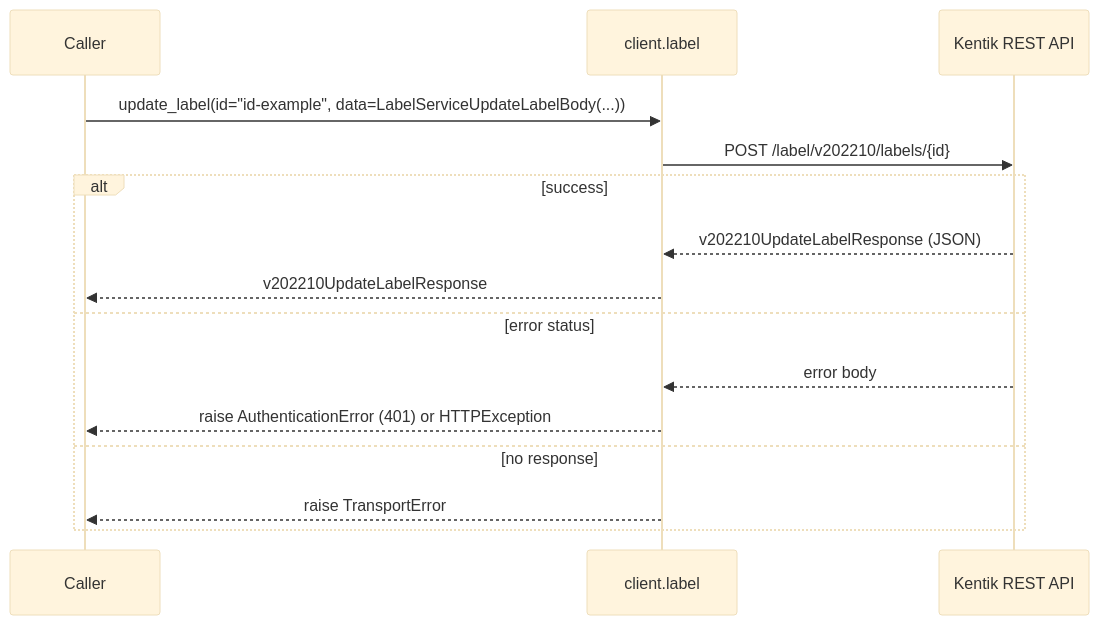
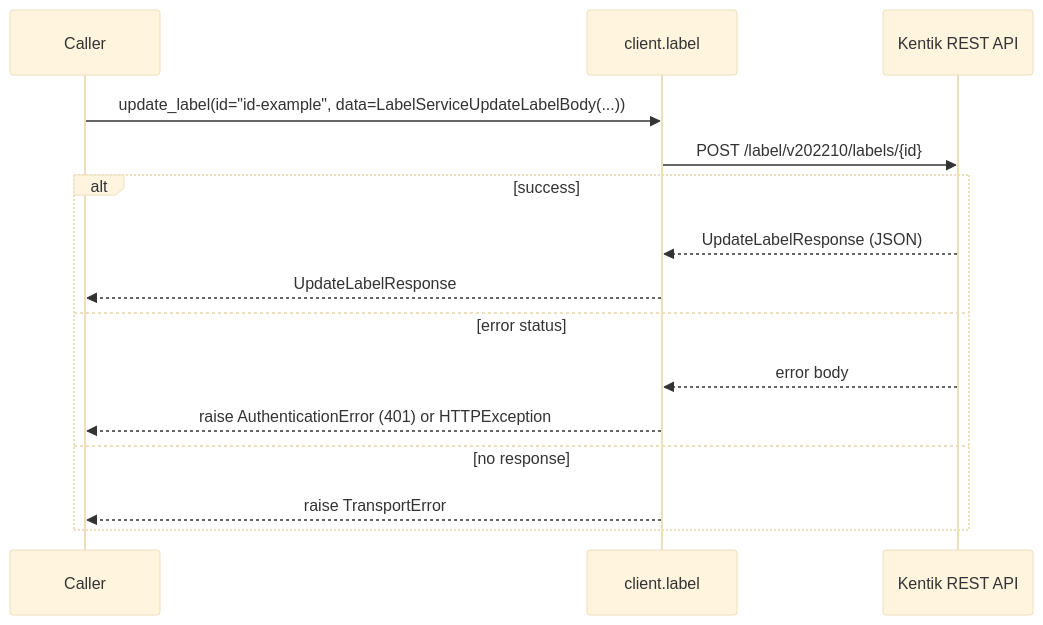
Before and after one commit to alexdearaujo/community_sdk_python: the sixth of 10 diagrams in docs/sphinx/services/label.md, drawn with Mermaid (base theme). The commit also changed other lines of this file and 38 other files, not shown here.

````diff
--- a/docs/sphinx/services/label.md
+++ b/docs/sphinx/services/label.md
@@ -182,18 +182,18 @@
 ```mermaid
 sequenceDiagram
     participant C as Caller
     participant W as client.label
     participant API as Kentik REST API
 
     C->>W: update_label(id="id-example", data=LabelServiceUpdateLabelBody(...))
     W->>API: POST /label/v202210/labels/{id}
     alt success
-        API-->>W: v202210UpdateLabelResponse (JSON)
-        W-->>C: v202210UpdateLabelResponse
+        API-->>W: UpdateLabelResponse (JSON)
+        W-->>C: UpdateLabelResponse
     else error status
         API-->>W: error body
         W-->>C: raise AuthenticationError (401) or HTTPException
     else no response
         W-->>C: raise TransportError
     end
 ```
````
